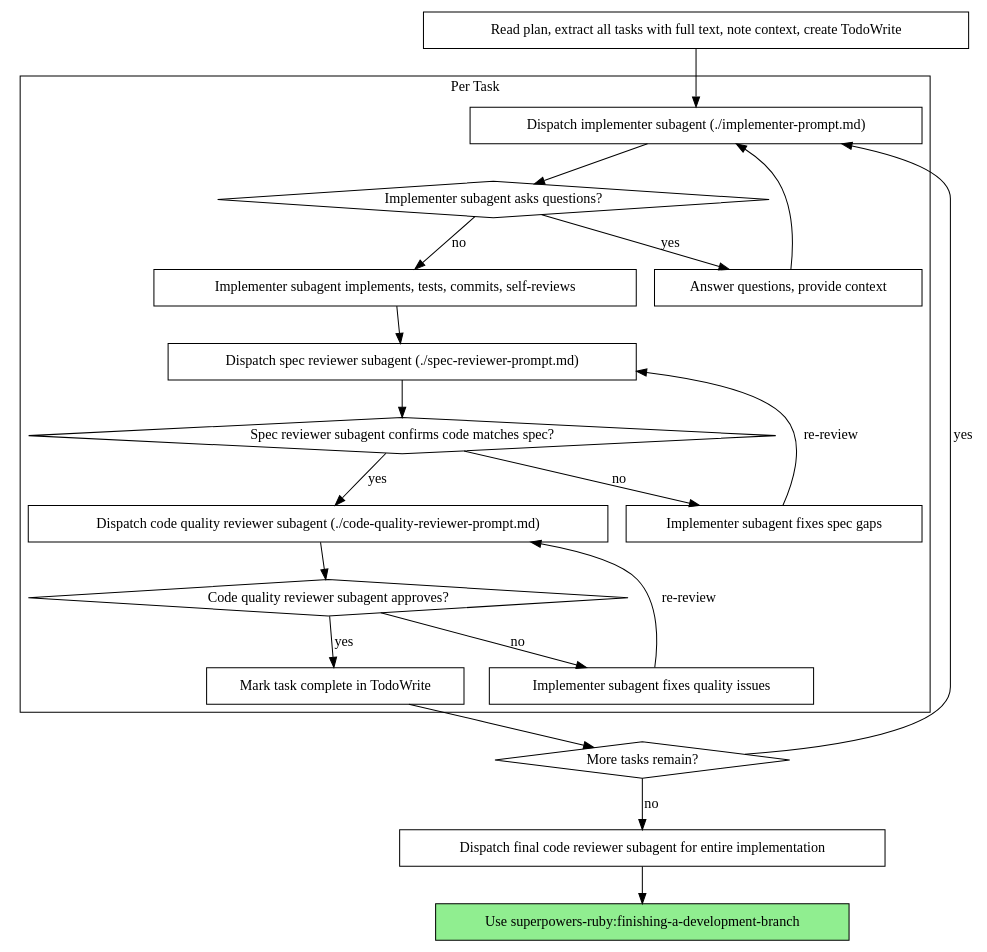
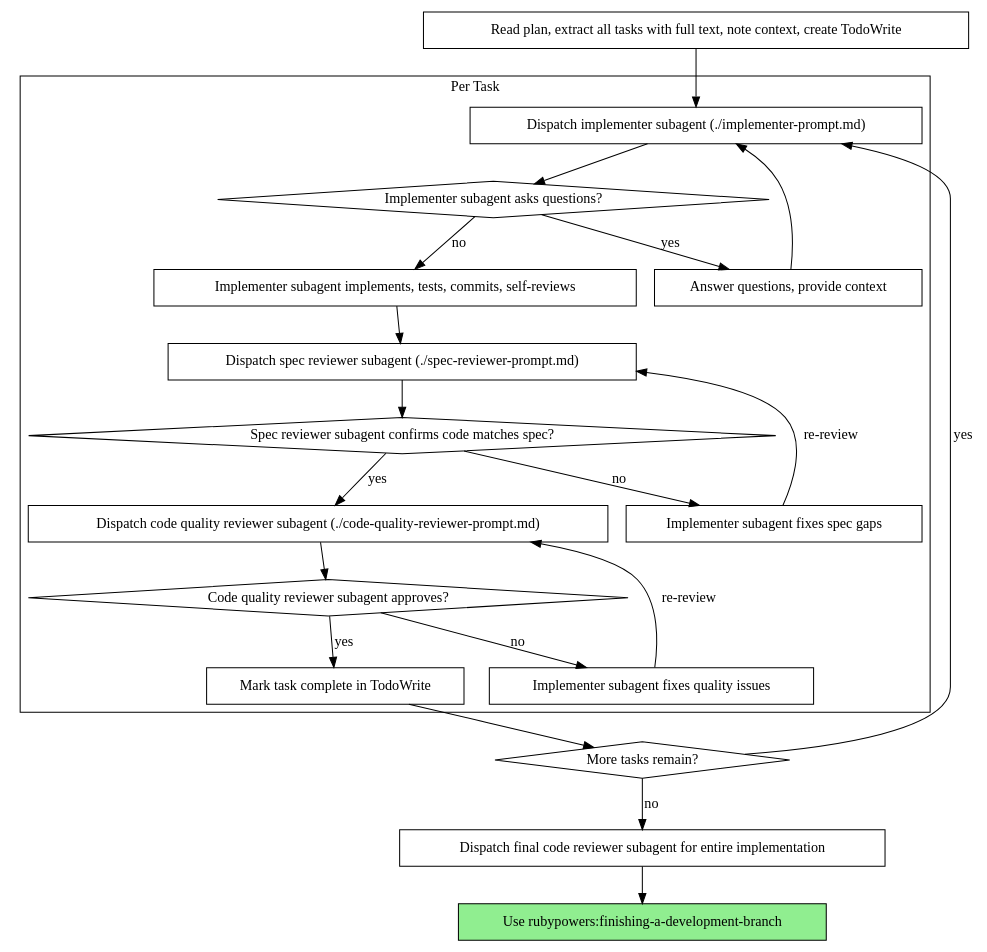
Before and after one commit to lucianghinda/superpowers-ruby: the second of 2 diagrams in skills/subagent-driven-development/SKILL.md, drawn with Graphviz. The commit also changed other lines of this file and 91 other files, not shown here.

````diff
--- a/skills/subagent-driven-development/SKILL.md
+++ b/skills/subagent-driven-development/SKILL.md
@@ -42,44 +42,44 @@
 ```dot
 digraph process {
     rankdir=TB;
 
     subgraph cluster_per_task {
         label="Per Task";
         "Dispatch implementer subagent (./implementer-prompt.md)" [shape=box];
         "Implementer subagent asks questions?" [shape=diamond];
         "Answer questions, provide context" [shape=box];
         "Implementer subagent implements, tests, commits, self-reviews" [shape=box];
         "Dispatch spec reviewer subagent (./spec-reviewer-prompt.md)" [shape=box];
         "Spec reviewer subagent confirms code matches spec?" [shape=diamond];
         "Implementer subagent fixes spec gaps" [shape=box];
         "Dispatch code quality reviewer subagent (./code-quality-reviewer-prompt.md)" [shape=box];
         "Code quality reviewer subagent approves?" [shape=diamond];
         "Implementer subagent fixes quality issues" [shape=box];
         "Mark task complete in TodoWrite" [shape=box];
     }
 
     "Read plan, extract all tasks with full text, note context, create TodoWrite" [shape=box];
     "More tasks remain?" [shape=diamond];
     "Dispatch final code reviewer subagent for entire implementation" [shape=box];
-    "Use superpowers-ruby:finishing-a-development-branch" [shape=box style=filled fillcolor=lightgreen];
+    "Use rubypowers:finishing-a-development-branch" [shape=box style=filled fillcolor=lightgreen];
 
     "Read plan, extract all tasks with full text, note context, create TodoWrite" -> "Dispatch implementer subagent (./implementer-prompt.md)";
     "Dispatch implementer subagent (./implementer-prompt.md)" -> "Implementer subagent asks questions?";
     "Implementer subagent asks questions?" -> "Answer questions, provide context" [label="yes"];
     "Answer questions, provide context" -> "Dispatch implementer subagent (./implementer-prompt.md)";
     "Implementer subagent asks questions?" -> "Implementer subagent implements, tests, commits, self-reviews" [label="no"];
     "Implementer subagent implements, tests, commits, self-reviews" -> "Dispatch spec reviewer subagent (./spec-reviewer-prompt.md)";
     "Dispatch spec reviewer subagent (./spec-reviewer-prompt.md)" -> "Spec reviewer subagent confirms code matches spec?";
     "Spec reviewer subagent confirms code matches spec?" -> "Implementer subagent fixes spec gaps" [label="no"];
     "Implementer subagent fixes spec gaps" -> "Dispatch spec reviewer subagent (./spec-reviewer-prompt.md)" [label="re-review"];
     "Spec reviewer subagent confirms code matches spec?" -> "Dispatch code quality reviewer subagent (./code-quality-reviewer-prompt.md)" [label="yes"];
     "Dispatch code quality reviewer subagent (./code-quality-reviewer-prompt.md)" -> "Code quality reviewer subagent approves?";
     "Code quality reviewer subagent approves?" -> "Implementer subagent fixes quality issues" [label="no"];
     "Implementer subagent fixes quality issues" -> "Dispatch code quality reviewer subagent (./code-quality-reviewer-prompt.md)" [label="re-review"];
     "Code quality reviewer subagent approves?" -> "Mark task complete in TodoWrite" [label="yes"];
     "Mark task complete in TodoWrite" -> "More tasks remain?";
     "More tasks remain?" -> "Dispatch implementer subagent (./implementer-prompt.md)" [label="yes"];
     "More tasks remain?" -> "Dispatch final code reviewer subagent for entire implementation" [label="no"];
-    "Dispatch final code reviewer subagent for entire implementation" -> "Use superpowers-ruby:finishing-a-development-branch";
+    "Dispatch final code reviewer subagent for entire implementation" -> "Use rubypowers:finishing-a-development-branch";
 }
 ```
````
